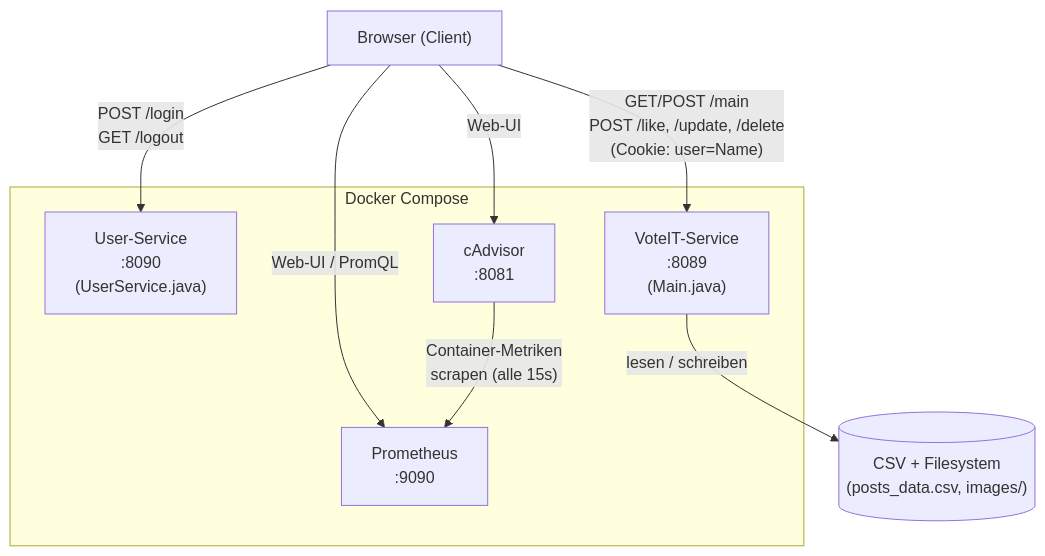
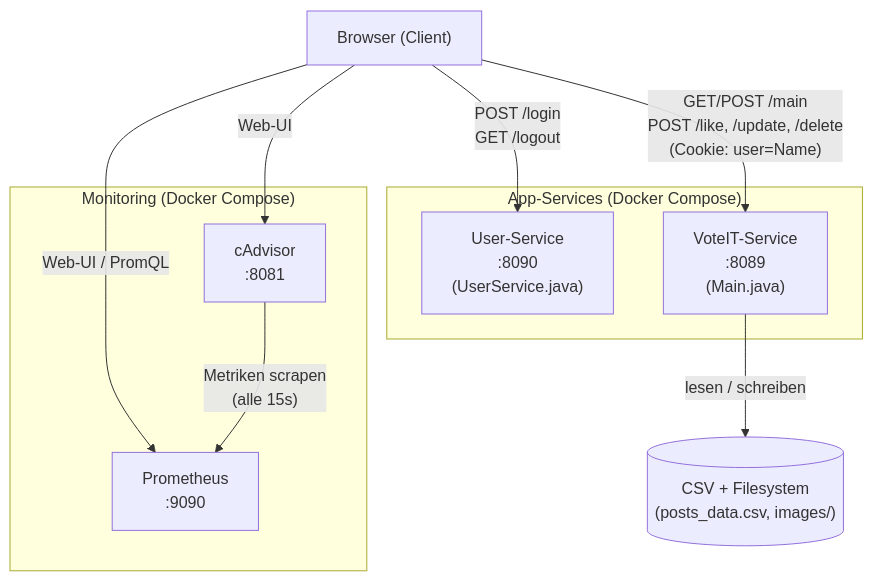
The third of 3 diagrams in README.md (stephanteege/VoteIT), drawn with Mermaid before and after one commit.

Commit message:
docs: README korrigiert und erweitert

````diff
--- a/README.md
+++ b/README.md
@@ -270,20 +270,23 @@
 ```mermaid
 graph TD
     Browser["Browser (Client)"]
 
-    subgraph Docker Compose
+    subgraph App ["App-Services (Docker Compose)"]
         US["User-Service\n:8090\n(UserService.java)"]
         VS["VoteIT-Service\n:8089\n(Main.java)"]
+    end
+
+    subgraph Mon ["Monitoring (Docker Compose)"]
         CA["cAdvisor\n:8081"]
         PR["Prometheus\n:9090"]
     end
 
     FS[("CSV + Filesystem\n(posts_data.csv, images/)")]
 
     Browser -- "POST /login\nGET /logout" --> US
     Browser -- "GET/POST /main\nPOST /like, /update, /delete\n(Cookie: user=Name)" --> VS
+    Browser -- "Web-UI" --> CA
     Browser -- "Web-UI / PromQL" --> PR
-    Browser -- "Web-UI" --> CA
     VS -- "lesen / schreiben" --> FS
-    CA -- "Container-Metriken\nscrapen (alle 15s)" --> PR
+    CA -- "Metriken scrapen\n(alle 15s)" --> PR
 ```
````
